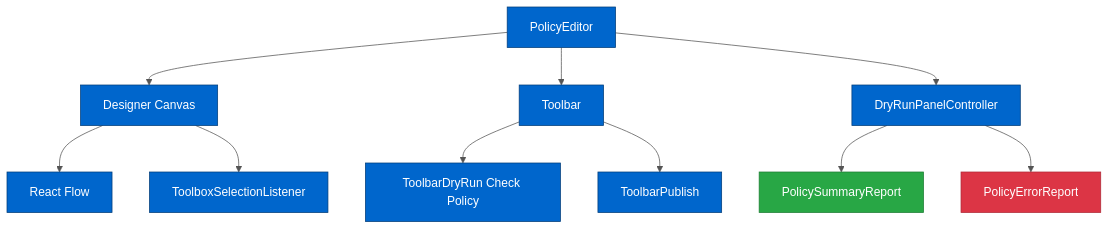
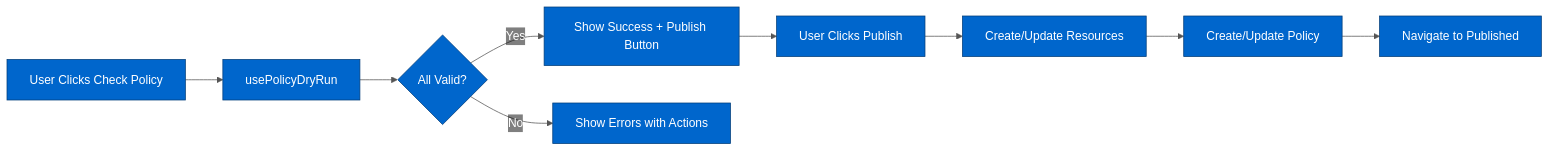
Before and after one commit to hivemq/hivemq-edge: the diagram in hivemq-edge-frontend/docs/architecture/DATAHUB_ARCHITECTURE.md, drawn with Mermaid. The commit also changed other lines of this file and 90 other files, not shown here.

````diff
--- a/hivemq-edge-frontend/docs/architecture/DATAHUB_ARCHITECTURE.md
+++ b/hivemq-edge-frontend/docs/architecture/DATAHUB_ARCHITECTURE.md
@@ -253,33 +193,18 @@
 ```mermaid
 %%{init: {'theme':'base', 'themeVariables': {
   'primaryColor':'#0066CC',
   'primaryTextColor':'#FFFFFF',
   'primaryBorderColor':'#003D7A',
   'edgeLabelBackground':'transparent',
   'lineColor':'#555555'
 }}}%%
-graph TD
-    A[PolicyEditor] --> B[Designer Canvas]
-    A --> C[Toolbar]
-    A --> D[DryRunPanelController]
-
-    B --> E[React Flow]
-    B --> F[ToolboxSelectionListener]
-
-    C --> G[ToolbarDryRun Check Policy]
-    C --> H[ToolbarPublish]
-
-    D --> I[PolicySummaryReport]
-    D --> J[PolicyErrorReport]
-
-    style A fill:#0066CC,stroke:#003D7A,color:#FFFFFF
-    style B fill:#0066CC,stroke:#003D7A,color:#FFFFFF
-    style C fill:#0066CC,stroke:#003D7A,color:#FFFFFF
-    style D fill:#0066CC,stroke:#003D7A,color:#FFFFFF
-    style E fill:#0066CC,stroke:#003D7A,color:#FFFFFF
-    style F fill:#0066CC,stroke:#003D7A,color:#FFFFFF
-    style G fill:#0066CC,stroke:#003D7A,color:#FFFFFF
-    style H fill:#0066CC,stroke:#003D7A,color:#FFFFFF
-    style I fill:#28A745,stroke:#1E7E34,color:#FFFFFF
-    style J fill:#DC3545,stroke:#B02A37,color:#FFFFFF
+flowchart LR
+    A[User Clicks Check Policy] --> B[usePolicyDryRun]
+    B --> C{All Valid?}
+    C -->|Yes| D[Show Success + Publish Button]
+    C -->|No| E[Show Errors with Actions]
+    D --> F[User Clicks Publish]
+    F --> G[Create/Update Resources]
+    G --> H[Create/Update Policy]
+    H --> I[Navigate to Published]
 ```
````
